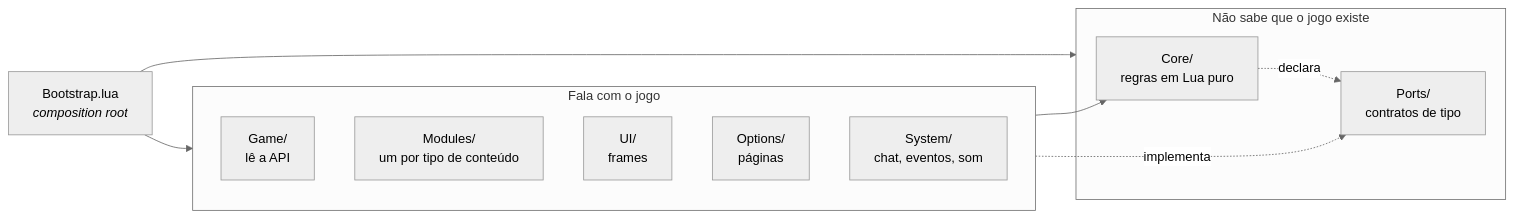
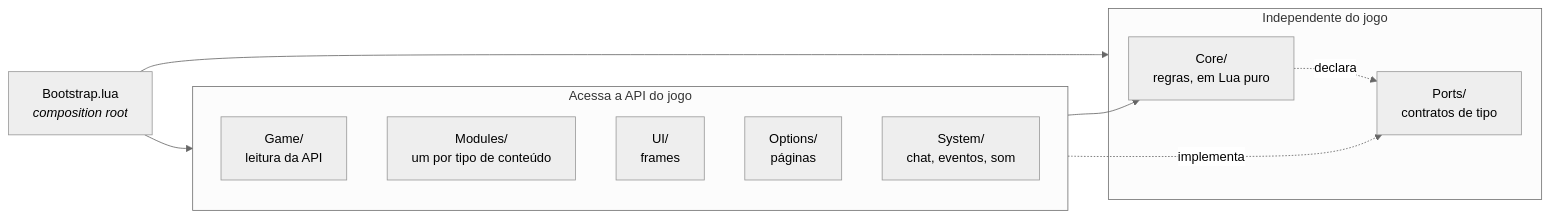
The first of 2 diagrams in docs/arquitetura.md (lucascodev/aura-questor), drawn with Mermaid (neutral theme) before and after one commit. The commit also changed other lines of this file and 6 other files, not shown here.

````diff
--- a/docs/arquitetura.md
+++ b/docs/arquitetura.md
@@ -8,23 +8,23 @@
 ```mermaid
 flowchart LR
     Bootstrap["Bootstrap.lua<br/><i>composition root</i>"]
 
-    subgraph fora["Fala com o jogo"]
-        Game["Game/<br/>lê a API"]
+    subgraph fora["Acessa a API do jogo"]
+        Game["Game/<br/>leitura da API"]
         Modules["Modules/<br/>um por tipo de conteúdo"]
         UI["UI/<br/>frames"]
         Options["Options/<br/>páginas"]
         System["System/<br/>chat, eventos, som"]
     end
 
-    subgraph dentro["Não sabe que o jogo existe"]
-        Core["Core/<br/>regras em Lua puro"]
+    subgraph dentro["Independente do jogo"]
+        Core["Core/<br/>regras, em Lua puro"]
         Ports["Ports/<br/>contratos de tipo"]
     end
 
     Bootstrap --> fora
     Bootstrap --> dentro
     fora --> Core
     fora -.implementa.-> Ports
     Core -.declara.-> Ports
 ```
````
